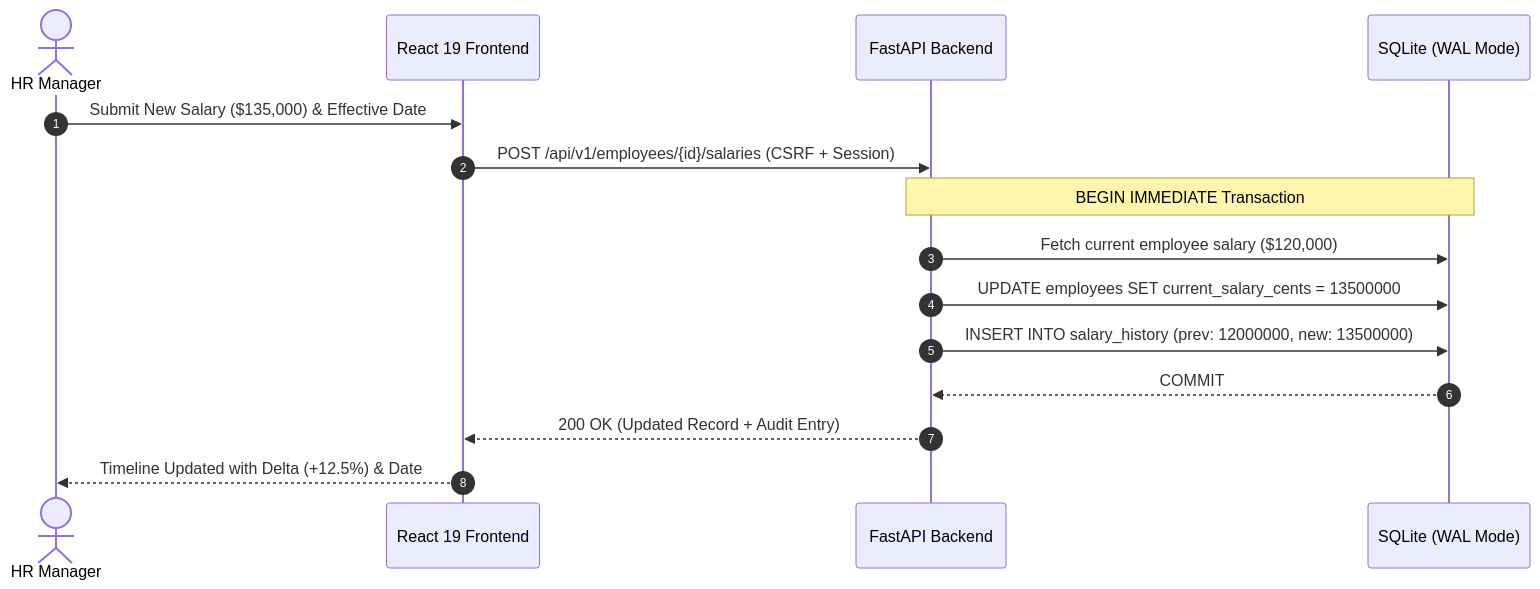
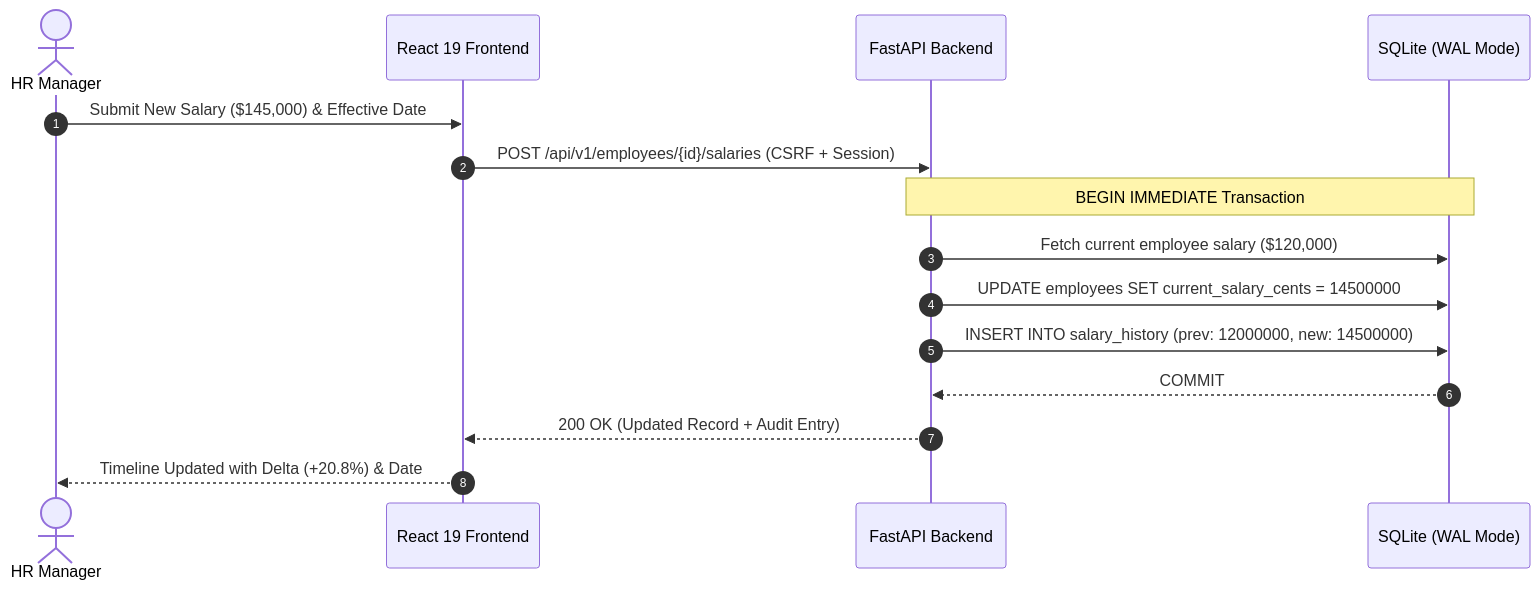
The second of 2 diagrams in docs/14-visual-walkthrough.md (VNT1998/acme-salary-management), drawn with Mermaid before and after one commit. The commit also changed other lines of this file and 8 other files, not shown here.

````diff
--- a/docs/14-visual-walkthrough.md
+++ b/docs/14-visual-walkthrough.md
@@ -79,18 +79,18 @@
 ```mermaid
 sequenceDiagram
     autonumber
     actor HR as HR Manager
     participant UI as React 19 Frontend
     participant API as FastAPI Backend
     participant DB as SQLite (WAL Mode)
 
-    HR->>UI: Submit New Salary ($135,000) & Effective Date
+    HR->>UI: Submit New Salary ($145,000) & Effective Date
     UI->>API: POST /api/v1/employees/{id}/salaries (CSRF + Session)
     Note over API,DB: BEGIN IMMEDIATE Transaction
     API->>DB: Fetch current employee salary ($120,000)
-    API->>DB: UPDATE employees SET current_salary_cents = 13500000
-    API->>DB: INSERT INTO salary_history (prev: 12000000, new: 13500000)
+    API->>DB: UPDATE employees SET current_salary_cents = 14500000
+    API->>DB: INSERT INTO salary_history (prev: 12000000, new: 14500000)
     DB-->>API: COMMIT
     API-->>UI: 200 OK (Updated Record + Audit Entry)
-    UI-->>HR: Timeline Updated with Delta (+12.5%) & Date
+    UI-->>HR: Timeline Updated with Delta (+20.8%) & Date
 ```
````
